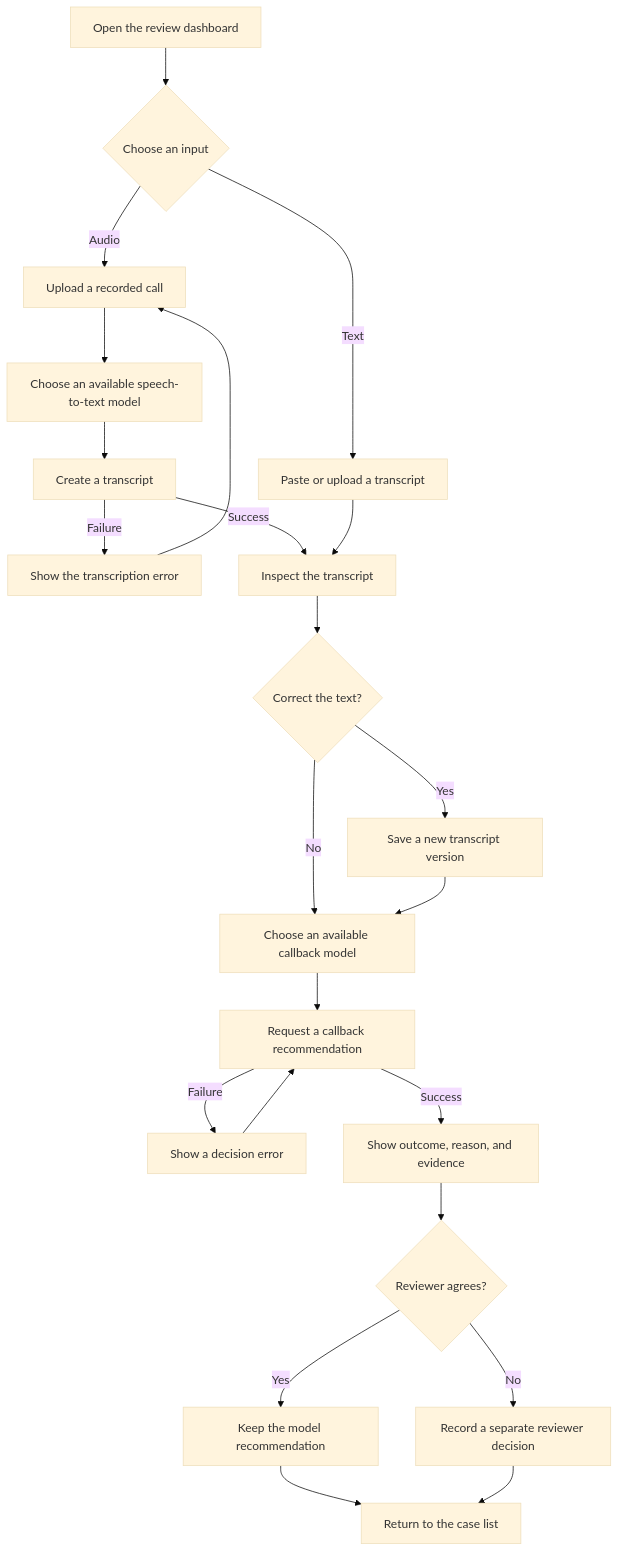
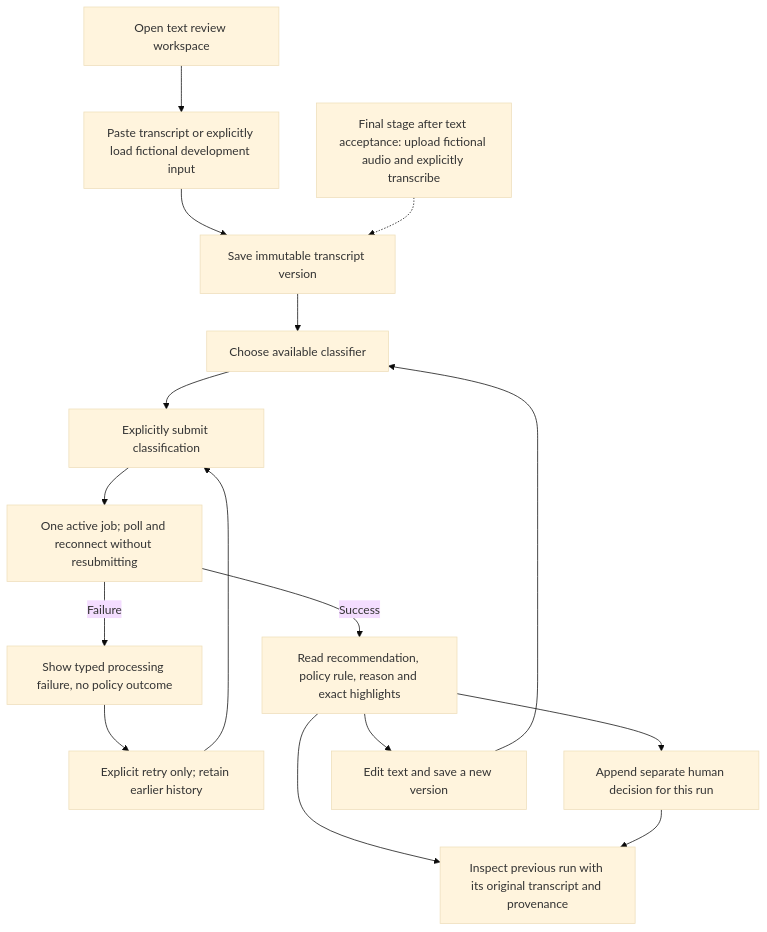
One commit to aidevcode9/voice-callback-review changed the diagram in docs/USER_FLOW.md. Above: the diagram before and after it, drawn with Mermaid (base theme). The commit also changed other lines of this file and 92 other files, not shown here.

````diff
--- a/docs/USER_FLOW.md
+++ b/docs/USER_FLOW.md
@@ -5,25 +5,18 @@
 ```mermaid
 flowchart TD
-    Start["Open the review dashboard"] --> Input{"Choose an input"}
-    Input -->|Text| Text["Paste or upload a transcript"]
-    Input -->|Audio| Audio["Upload a recorded call"]
-    Audio --> STTChoice["Choose an available speech-to-text model"]
-    STTChoice --> Transcribe["Create a transcript"]
-    Transcribe -->|Failure| Error["Show the transcription error"]
-    Error --> Audio
-    Transcribe -->|Success| Inspect["Inspect the transcript"]
-    Text --> Inspect
-    Inspect --> Correct{"Correct the text?"}
-    Correct -->|Yes| Version["Save a new transcript version"]
-    Correct -->|No| ClassifierChoice["Choose an available callback model"]
-    Version --> ClassifierChoice
-    ClassifierChoice --> Analyze["Request a callback recommendation"]
-    Analyze -->|Failure| DecisionError["Show a decision error"]
-    DecisionError --> Analyze
-    Analyze -->|Success| Result["Show outcome, reason, and evidence"]
-    Result --> Review{"Reviewer agrees?"}
-    Review -->|Yes| Keep["Keep the model recommendation"]
-    Review -->|No| Override["Record a separate reviewer decision"]
-    Keep --> List["Return to the case list"]
-    Override --> List
+    Start["Open text review workspace"] --> Input["Paste transcript or explicitly load fictional development input"]
+    Input --> Save["Save immutable transcript version"]
+    Save --> Select["Choose available classifier"]
+    Select --> Submit["Explicitly submit classification"]
+    Submit --> Job["One active job; poll and reconnect without resubmitting"]
+    Job -->|Failure| Error["Show typed processing failure, no policy outcome"]
+    Error --> Retry["Explicit retry only; retain earlier history"]
+    Retry --> Submit
+    Job -->|Success| Read["Read recommendation, policy rule, reason and exact highlights"]
+    Read --> Review["Append separate human decision for this run"]
+    Read --> Edit["Edit text and save a new version"]
+    Edit --> Select
+    Read --> History["Inspect previous run with its original transcript and provenance"]
+    Review --> History
+    Final["Final stage after text acceptance: upload fictional audio and explicitly transcribe"] -.-> Save
 ```
````
